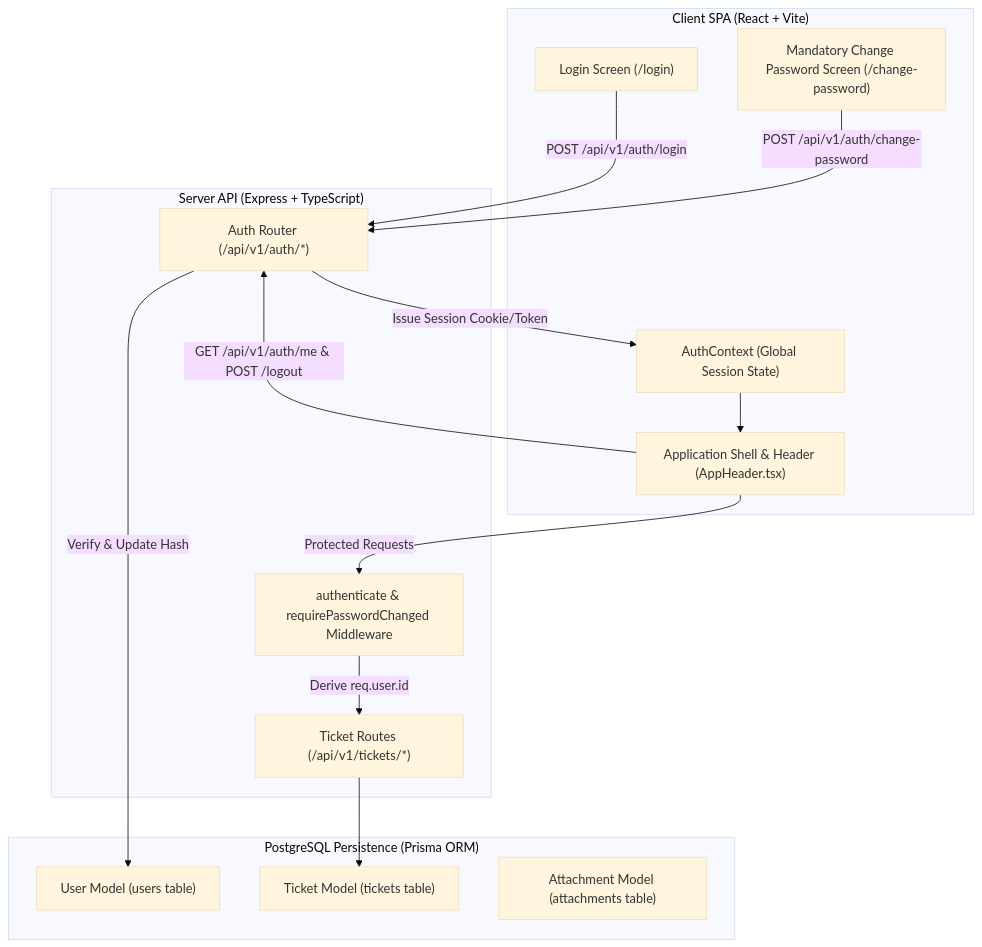
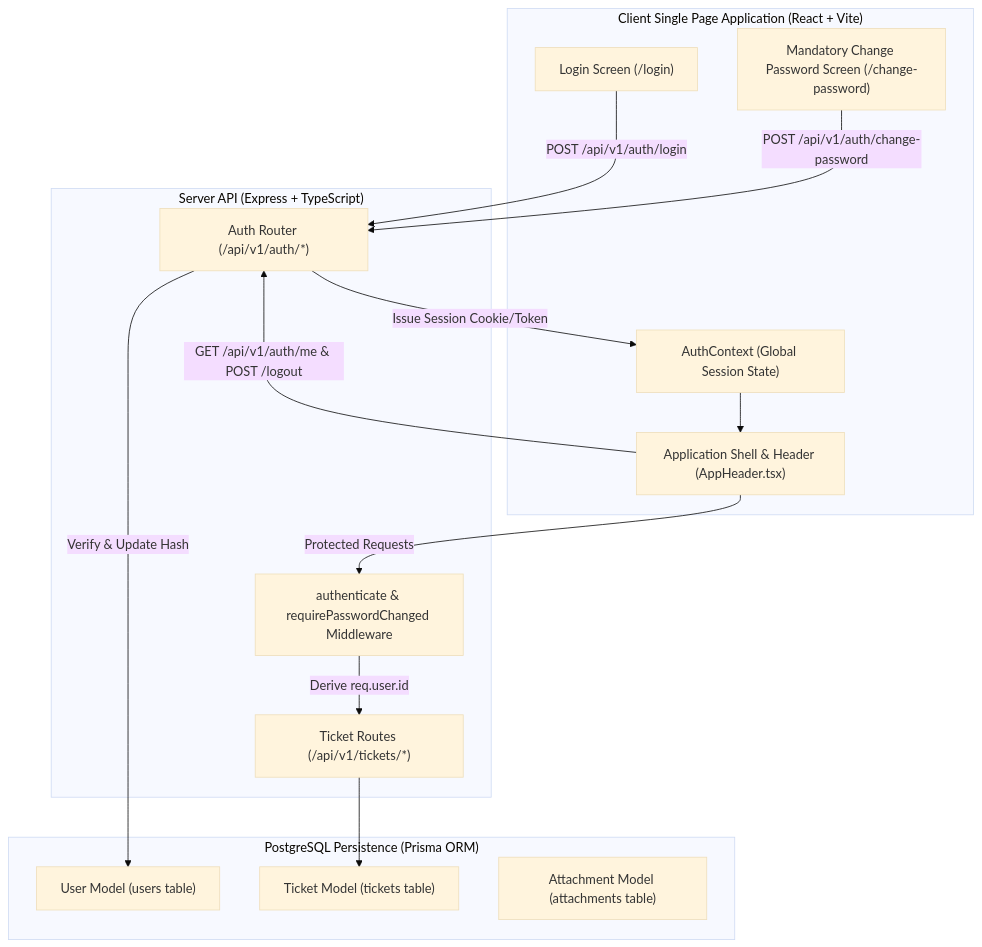
The first of 4 diagrams in docs/features/12-auth-and-shell/contract.md (ShortXander101205/toktickit), drawn with Mermaid (base theme) before and after one commit. The commit also changed other lines of this file and 23 other files, not shown here.

````diff
--- a/docs/features/12-auth-and-shell/contract.md
+++ b/docs/features/12-auth-and-shell/contract.md
@@ -31,31 +26,31 @@
 ```mermaid
 graph TD
-    subgraph ClientSPA ["Client SPA (React + Vite)"]
+    subgraph ClientSPA ["Client Single Page Application (React + Vite)"]
         LoginView["Login Screen (/login)"]
         PwdChangeView["Mandatory Change Password Screen (/change-password)"]
         AppShell["Application Shell & Header (AppHeader.tsx)"]
         AuthCtx["AuthContext (Global Session State)"]
     end
 
     subgraph ServerAPI ["Server API (Express + TypeScript)"]
         AuthRouter["Auth Router (/api/v1/auth/*)"]
         AuthMiddleware["authenticate & requirePasswordChanged Middleware"]
         TicketRouter["Ticket Routes (/api/v1/tickets/*)"]
     end
 
     subgraph Database ["PostgreSQL Persistence (Prisma ORM)"]
         UserModel["User Model (users table)"]
         TicketModel["Ticket Model (tickets table)"]
         AttachModel["Attachment Model (attachments table)"]
     end
 
     LoginView -->|POST /api/v1/auth/login| AuthRouter
     PwdChangeView -->|POST /api/v1/auth/change-password| AuthRouter
     AppShell -->|GET /api/v1/auth/me & POST /logout| AuthRouter
     AuthRouter -->|Verify & Update Hash| UserModel
     AuthRouter -->|Issue Session Cookie/Token| AuthCtx
     AuthCtx --> AppShell
     AppShell -->|Protected Requests| AuthMiddleware
     AuthMiddleware -->|Derive req.user.id| TicketRouter
     TicketRouter --> TicketModel
 ```
````
